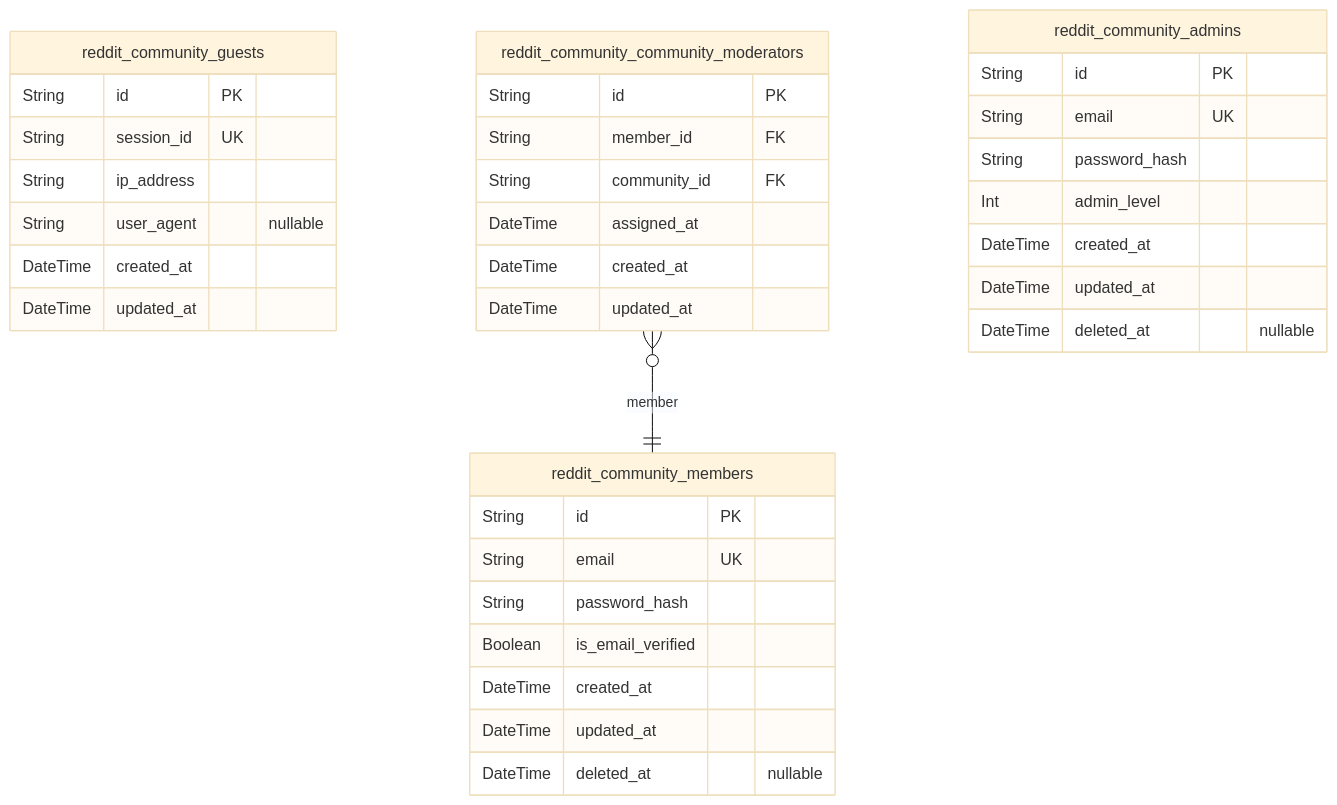
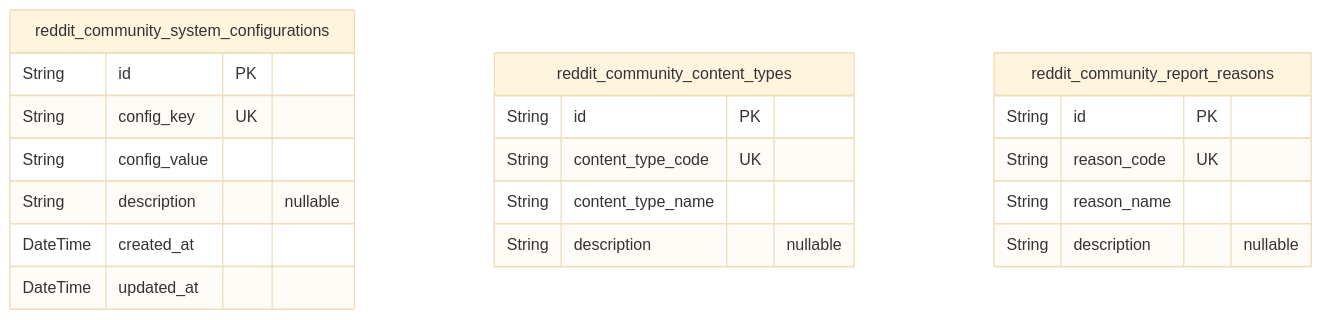
The first of 8 diagrams in openai/gpt-4.1-mini/reddit/docs/ERD.md (wrtnlabs/autobe-examples), drawn with Mermaid (base theme) before and after one commit. The commit also changed other lines of this file and 16146 other files, not shown here.

````diff
--- a/openai/gpt-4.1-mini/reddit/docs/ERD.md
+++ b/openai/gpt-4.1-mini/reddit/docs/ERD.md
@@ -16,38 +16,23 @@
 ```mermaid
 erDiagram
-"reddit_community_guests" {
+"reddit_community_system_configurations" {
   String id PK
-  String session_id UK
-  String ip_address
-  String user_agent "nullable"
+  String config_key UK
+  String config_value
+  String description "nullable"
   DateTime created_at
   DateTime updated_at
 }
-"reddit_community_members" {
+"reddit_community_content_types" {
   String id PK
-  String email UK
-  String password_hash
-  Boolean is_email_verified
-  DateTime created_at
-  DateTime updated_at
-  DateTime deleted_at "nullable"
+  String content_type_code UK
+  String content_type_name
+  String description "nullable"
 }
-"reddit_community_community_moderators" {
+"reddit_community_report_reasons" {
   String id PK
-  String member_id FK
-  String community_id FK
-  DateTime assigned_at
-  DateTime created_at
-  DateTime updated_at
+  String reason_code UK
+  String reason_name
+  String description "nullable"
 }
-"reddit_community_admins" {
-  String id PK
-  String email UK
-  String password_hash
-  Int admin_level
-  DateTime created_at
-  DateTime updated_at
-  DateTime deleted_at "nullable"
-}
-"reddit_community_community_moderators" }o--|| "reddit_community_members" : member
 ```
````
